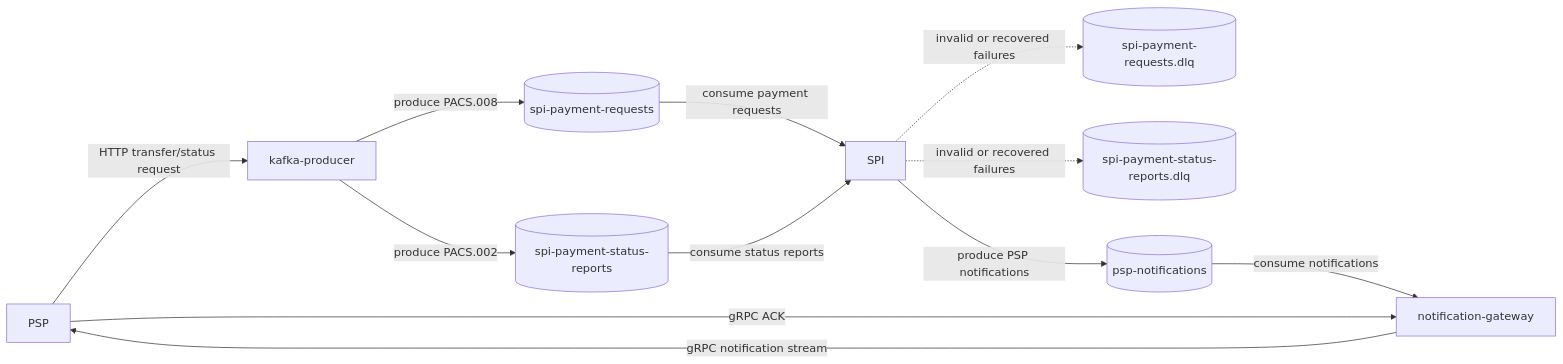
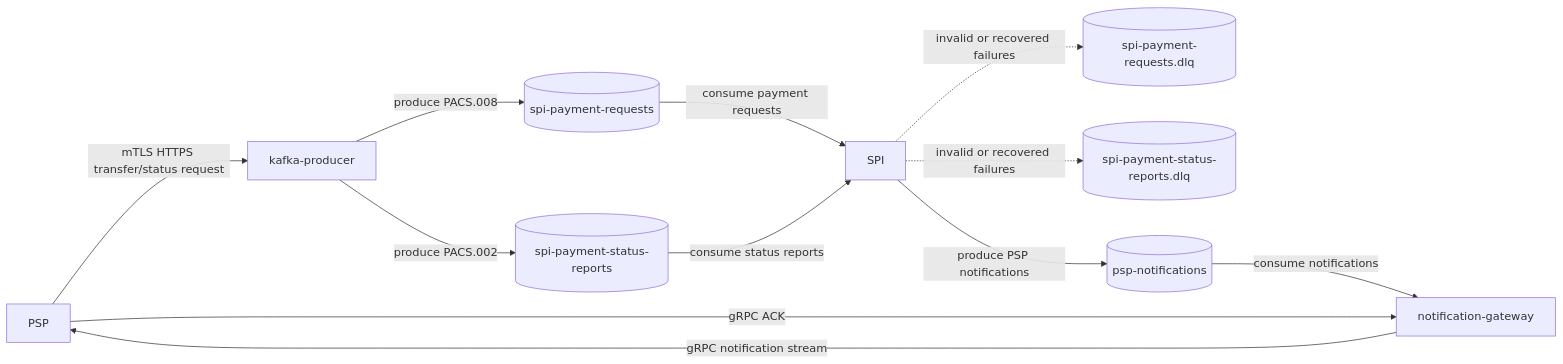
The diagram in docs/KAFKA_MESSAGE_FLOW.md (borgeskauan/instant-payment-system), drawn with Mermaid before and after one commit. The commit also changed other lines of this file and 22 other files, not shown here.

````diff
--- a/docs/KAFKA_MESSAGE_FLOW.md
+++ b/docs/KAFKA_MESSAGE_FLOW.md
@@ -5,24 +5,24 @@
 ```mermaid
 flowchart LR
     PSP["PSP"]
     Producer["kafka-producer"]
     PaymentRequests[("spi-payment-requests")]
     StatusReports[("spi-payment-status-reports")]
     PaymentRequestsDlq[("spi-payment-requests.dlq")]
     StatusReportsDlq[("spi-payment-status-reports.dlq")]
     SPI["SPI"]
     Notifications[("psp-notifications")]
     Gateway["notification-gateway"]
 
-    PSP -->|"HTTP transfer/status request"| Producer
+    PSP -->|"mTLS HTTPS transfer/status request"| Producer
     Producer -->|"produce PACS.008"| PaymentRequests
     Producer -->|"produce PACS.002"| StatusReports
     PaymentRequests -->|"consume payment requests"| SPI
     StatusReports -->|"consume status reports"| SPI
     SPI -.->|"invalid or recovered failures"| PaymentRequestsDlq
     SPI -.->|"invalid or recovered failures"| StatusReportsDlq
     SPI -->|"produce PSP notifications"| Notifications
     Notifications -->|"consume notifications"| Gateway
     Gateway -->|"gRPC notification stream"| PSP
     PSP -->|"gRPC ACK"| Gateway
 ```
````
